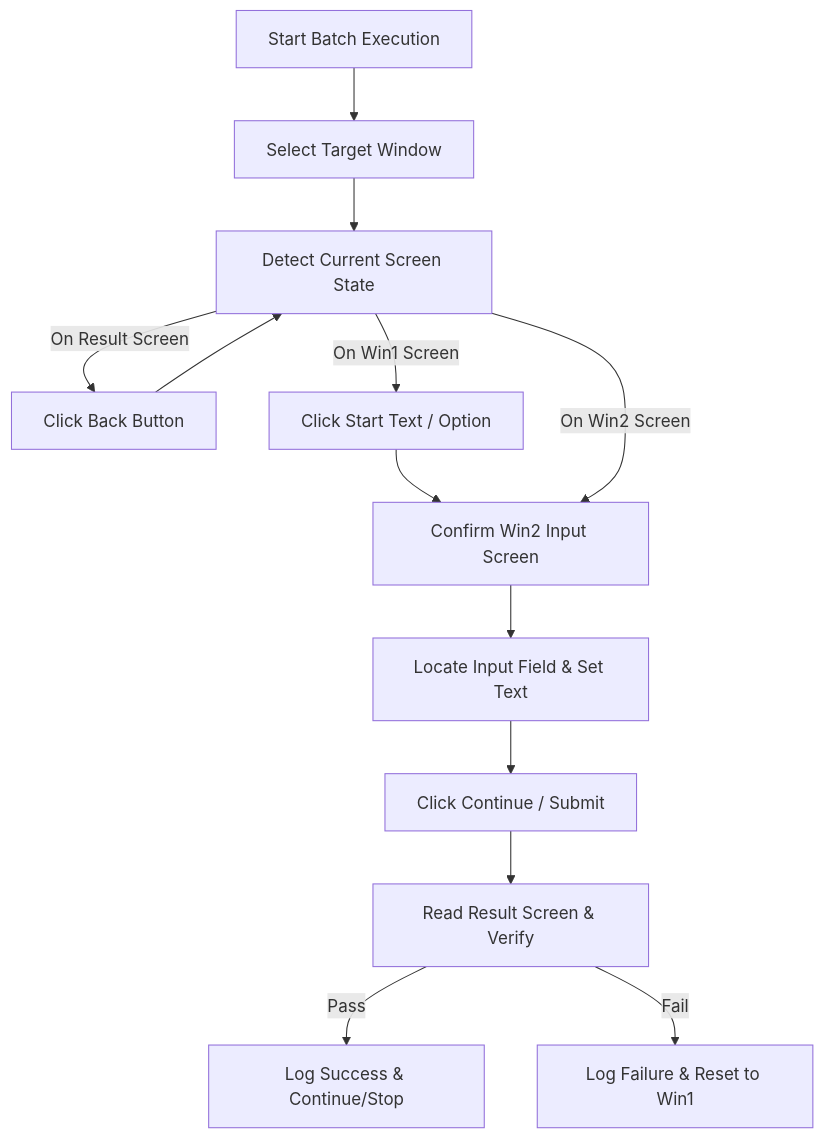
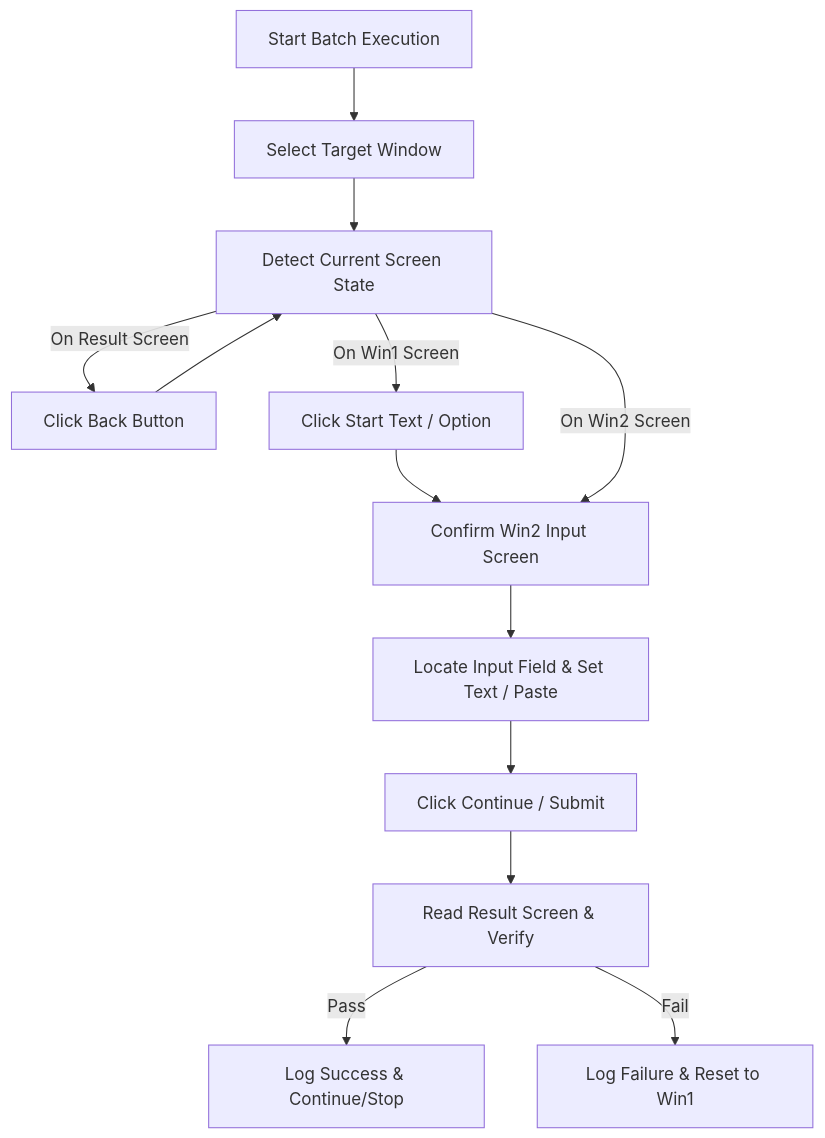
Before and after one commit to siusunhub/SmartActiveTools: the diagram in README.md, drawn with Mermaid. The commit also changed other lines of this file and 19 other files, not shown here.

````diff
--- a/README.md
+++ b/README.md
@@ -62,15 +66,15 @@
 ```mermaid
 graph TD
     A[Start Batch Execution] --> B[Select Target Window]
     B --> C[Detect Current Screen State]
     C -->|On Result Screen| D[Click Back Button]
     D --> C
     C -->|On Win1 Screen| E[Click Start Text / Option]
     E --> F[Confirm Win2 Input Screen]
     C -->|On Win2 Screen| F
-    F --> G[Locate Input Field & Set Text]
+    F --> G[Locate Input Field & Set Text / Paste]
     G --> H[Click Continue / Submit]
     H --> I[Read Result Screen & Verify]
     I -->|Pass| J[Log Success & Continue/Stop]
     I -->|Fail| K[Log Failure & Reset to Win1]
 ```
````
